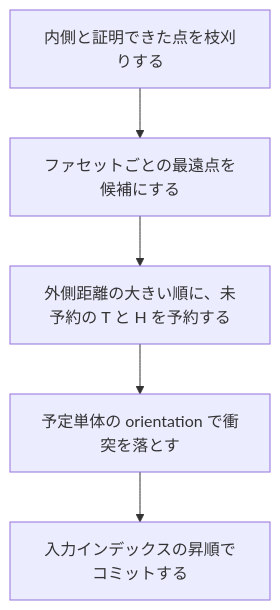
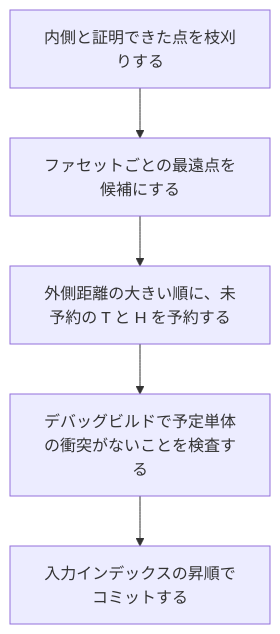
The second of 2 diagrams in docs/design.ja.md (YUKIKEDA/convx), drawn with Mermaid before and after one commit. The commit also changed other lines of this file and 5 other files, not shown here.

````diff
--- a/docs/design.ja.md
+++ b/docs/design.ja.md
@@ -213,9 +213,9 @@
 ```mermaid
 flowchart TD
     scan["内側と証明できた点を枝刈りする"]
     pick["ファセットごとの最遠点を候補にする"]
     reserve["外側距離の大きい順に、未予約の T と H を予約する"]
-    conflict["予定単体の orientation で衝突を落とす"]
+    conflict["デバッグビルドで予定単体の衝突がないことを検査する"]
     commit["入力インデックスの昇順でコミットする"]
     scan --> pick --> reserve --> conflict --> commit
 ```
````
